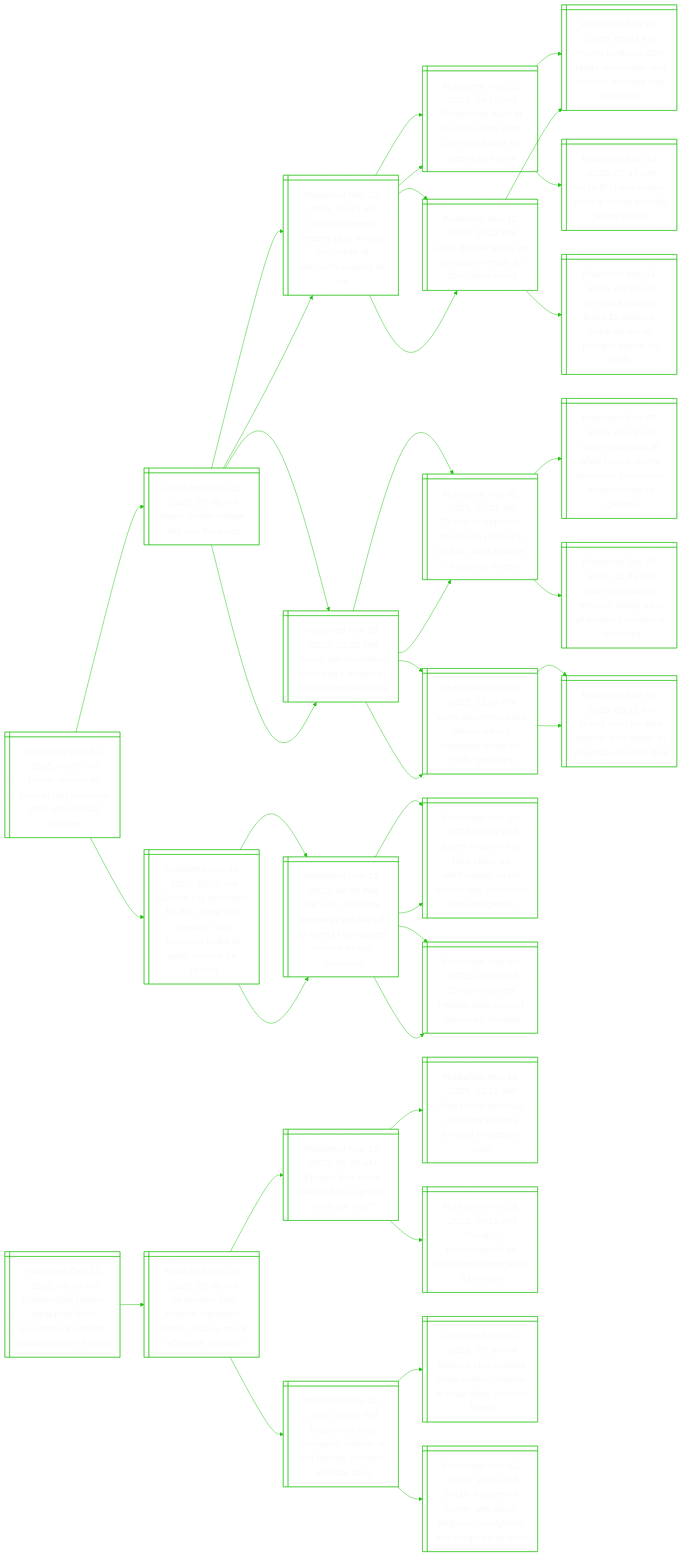
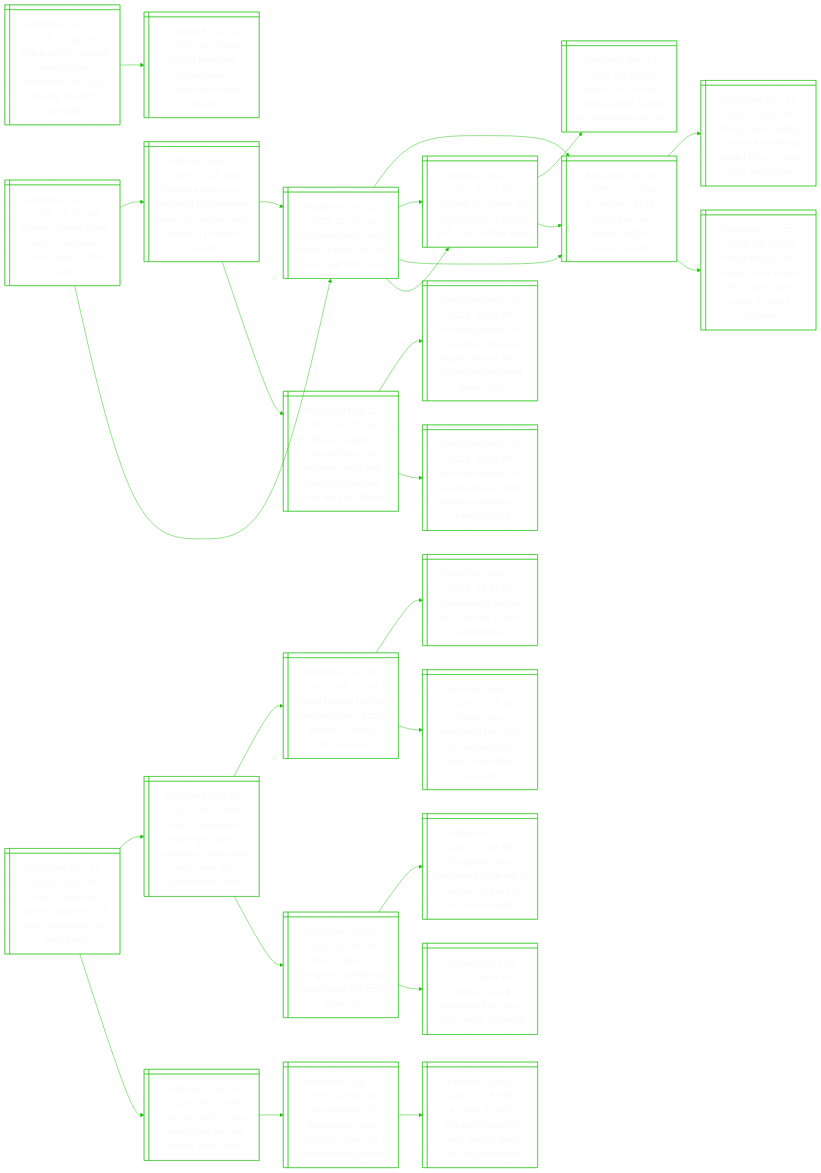
One commit to notJmes/notJmes changed the diagram in README.md. Above: the diagram before and after it, drawn with Mermaid. The commit also changed other lines of this file, not shown here.

````diff
--- a/README.md
+++ b/README.md
@@ -16,121 +16,91 @@
 flowchart LR
 classDef txtsize font-size:20px;
 
-PrnoSaceeaa@{ shape: win-pane, label: "_Published Dec 21, 2025, 03:37 PM_
-Power returns to most of san francisco after widespread outage" }
-MpoeSac@{ shape: win-pane, label: "_Published Dec 21, 2025, 09:45 AM_
-Major power outage hits san francisco" }
-Oimrstphocipt@{ shape: win-pane, label: "_Published Mar 12, 2025, 05:15 AM_
-Ontario premier freezes plan to slap surcharge of electricity exports to us" }
-Oisamrwureryr@{ shape: win-pane, label: "_Published Mar 11, 2025, 04:10 AM_
-Ontario hits back at trump’s tariffs with 25% surcharge on electricity export" }
-Uotfaaasr@{ shape: win-pane, label: "_Published Mar 11, 2025, 10:22 PM_
-Us to double tariffs on canadian metals to 50%, says trump" }
-Taitnaiorntt@{ shape: win-pane, label: "_Published Mar 09, 2025, 01:20 PM_
-Trump administration ends iraq’s waiver to buy iranian electricity" }
-Troamsnaoexsr@{ shape: win-pane, label: "_Published Feb 05, 2025, 05:11 AM_
-Trump re-imposes ‘maximum pressure’ on iran, aims to drive oil exports to zero" }
-IKnyrlninSys@{ shape: win-pane, label: "_Published Mar 08, 2025, 11:36 PM_
-Iran’s khamenei says tehran will not negotiate under us ‘bully’ pressure" }
-GntsycaeSackpmoi@{ shape: win-pane, label: "_Published Nov 14, 2023, 05:00 AM_
-Golden city tarnished by dirt, crime and needles: san francisco looks to apec summit for revival" }
-WpemteonhemSac@{ shape: win-pane, label: "_Published Nov 13, 2023, 06:00 PM_
-Will apec meet the moment? pm lee off to attend high-stakes summit in san francisco" }
-BXmtlneIlscise@{ shape: win-pane, label: "_Published Nov 10, 2023, 09:04 PM_
-Biden-xi summit to take place on wednesday; israel-hamas war, economic ties on agenda" }
-Ccnirloaod@{ shape: win-pane, label: "_Published Aug 08, 2022, 12:30 PM_
-China continues military drills around taiwan on monday" }
-WpemteonhemSac@{ shape: win-pane, label: "_Published Nov 13, 2023, 06:00 PM_
-Will apec meet the moment? pm lee off to attend high-stakes summit in san francisco" }
-BXmtlneIlscise@{ shape: win-pane, label: "_Published Nov 10, 2023, 09:04 PM_
-Biden-xi summit to take place on wednesday; israel-hamas war, economic ties on agenda" }
-Ccnirloaod@{ shape: win-pane, label: "_Published Aug 08, 2022, 12:30 PM_
-China continues military drills around taiwan on monday" }
+Tsedgocnsbnk@{ shape: win-pane, label: "_Published Dec 21, 2025, 07:31 PM_
+Trump set to expand immigration crackdown in 2026 despite brewing backlash" }
+TlhmtroNl@{ shape: win-pane, label: "_Published Dec 04, 2025, 03:20 AM_
+Trump launches immigration crackdown in new orleans" }
 
-PrnoSaceeaa:::txtsize --> MpoeSac:::txtsize
-MpoeSac:::txtsize --> Oimrstphocipt:::txtsize
-Oimrstphocipt:::txtsize --> Oisamrwureryr:::txtsize
-Oimrstphocipt:::txtsize --> Uotfaaasr:::txtsize
-MpoeSac:::txtsize --> Taitnaiorntt:::txtsize
-Taitnaiorntt:::txtsize --> Troamsnaoexsr:::txtsize
-Taitnaiorntt:::txtsize --> IKnyrlninSys:::txtsize
-PrnoSaceeaa:::txtsize --> GntsycaeSackpmoi:::txtsize
-GntsycaeSackpmoi:::txtsize --> WpemteonhemSac:::txtsize
-WpemteonhemSac:::txtsize --> BXmtlneIlscise:::txtsize
-WpemteonhemSac:::txtsize --> Ccnirloaod:::txtsize
-GntsycaeSackpmoi:::txtsize --> WpemteonhemSac:::txtsize
-WpemteonhemSac:::txtsize --> BXmtlneIlscise:::txtsize
-WpemteonhemSac:::txtsize --> Ccnirloaod:::txtsize
+Tsedgocnsbnk:::txtsize --> TlhmtroNl:::txtsize
 
-Eietsamrticnom@{ shape: win-pane, label: "_Published Dec 21, 2025, 09:49 AM_
-Epstein files photos disappear from government website, including one of trump" }
-Utieelstkafcr@{ shape: win-pane, label: "_Published Dec 20, 2025, 05:46 AM_
-Us epstein files release highlights clinton, makes scant reference to trump" }
-Eieeaobhe@{ shape: win-pane, label: "_Published Nov 19, 2025, 08:35 AM_
-Epstein files to be released to us public: what are they?" }
-ATrsHpsaEie@{ shape: win-pane, label: "_Published Nov 18, 2025, 11:15 AM_
-After trump reversal, us house pushes forward on epstein vote" }
-TskeMewtco@{ shape: win-pane, label: "_Published Nov 18, 2025, 09:15 AM_
-Trump’s frankenstein? us maga meltdown tests its creator" }
-BilprAwsipinr@{ shape: win-pane, label: "_Published Nov 02, 2025, 08:16 PM_
-Britain will strip disgraced andrew of last military position, minister says" }
-Binrtberrtssm@{ shape: win-pane, label: "_Published Oct 31, 2025, 03:36 AM_
-Britain’s king charles strips brother andrew of royal titles, windsor home" }
-BidfrSFsurcsyi@{ shape: win-pane, label: "_Published Nov 02, 2025, 10:59 AM_
-Britain’s andrew’s former wife sarah ferguson, daughters and corgis hit by crisis" }
+KiiryrRases@{ shape: win-pane, label: "_Published Dec 21, 2025, 06:56 PM_
+Kremlin denies three-way us-ukraine-russia talks on the cards" }
+ZsvUpoetwkeuireu@{ shape: win-pane, label: "_Published Dec 20, 2025, 10:16 PM_
+Zelensky favours us proposal of three-way talks with ukraine and russia if it produces results" }
+Unrwdltygty@{ shape: win-pane, label: "_Published Dec 20, 2025, 12:36 AM_
+Ukraine starts new round of talks with us,  kyiv negotiator says" }
+Eelloaitis@{ shape: win-pane, label: "_Published Dec 19, 2025, 12:23 PM_
+Eu agrees $136 billion loan for ukraine, without russian assets" }
+NplyosUiiTis@{ shape: win-pane, label: "_Published Dec 19, 2025, 10:11 PM_
+No drop in military aid to kyiv since us policy shift, nato official says" }
+Raefrrketonnoiia@{ shape: win-pane, label: "_Published Feb 20, 2025, 05:37 PM_
+Russia targets infrastructure in ukraine’s east and south in extensive overnight air attack" }
+RaaUneeiereeaes@{ shape: win-pane, label: "_Published Feb 19, 2025, 03:06 PM_
+Russian attack on ukraine’s odessa region injures four, causes widespread power cuts" }
+Raiiaolegdiec@{ shape: win-pane, label: "_Published Feb 16, 2025, 09:50 PM_
+Russian strikes hit ukraine power plant, leaving residents in freezing cold" }
+Unrwdltygty@{ shape: win-pane, label: "_Published Dec 20, 2025, 12:36 AM_
+Ukraine starts new round of talks with us,  kyiv negotiator says" }
+Eelloaitis@{ shape: win-pane, label: "_Published Dec 19, 2025, 12:23 PM_
+Eu agrees $136 billion loan for ukraine, without russian assets" }
+TsegemnaSikke@{ shape: win-pane, label: "_Published Dec 19, 2025, 04:20 AM_
+Trump says ‘getting close to something’ ahead of us, russia talks on ukraine" }
+Busauasszsaske@{ shape: win-pane, label: "_Published Oct 02, 2025, 08:50 PM_
+Belgium says eu states must share risk to use frozen russian assets for ukraine" }
+NplyosUiiTis@{ shape: win-pane, label: "_Published Dec 19, 2025, 10:11 PM_
+No drop in military aid to kyiv since us policy shift, nato official says" }
+UnsialaiiaS@{ shape: win-pane, label: "_Published Dec 19, 2025, 09:31 PM_
+Ukraine hits russian ‘shadow fleet’ tanker in mediterranean sea" }
+Eelloaitis@{ shape: win-pane, label: "_Published Dec 19, 2025, 12:23 PM_
+Eu agrees $136 billion loan for ukraine, without russian assets" }
 
-Eietsamrticnom:::txtsize --> Utieelstkafcr:::txtsize
-Utieelstkafcr:::txtsize --> Eieeaobhe:::txtsize
-Eieeaobhe:::txtsize --> ATrsHpsaEie:::txtsize
-Eieeaobhe:::txtsize --> TskeMewtco:::txtsize
-Utieelstkafcr:::txtsize --> BilprAwsipinr:::txtsize
-BilprAwsipinr:::txtsize --> Binrtberrtssm:::txtsize
-BilprAwsipinr:::txtsize --> BidfrSFsurcsyi:::txtsize
+KiiryrRases:::txtsize --> ZsvUpoetwkeuireu:::txtsize
+ZsvUpoetwkeuireu:::txtsize --> Unrwdltygty:::txtsize
+Unrwdltygty:::txtsize --> Eelloaitis:::txtsize
+Unrwdltygty:::txtsize --> NplyosUiiTis:::txtsize
+ZsvUpoetwkeuireu:::txtsize --> Raefrrketonnoiia:::txtsize
+Raefrrketonnoiia:::txtsize --> RaaUneeiereeaes:::txtsize
+Raefrrketonnoiia:::txtsize --> Raiiaolegdiec:::txtsize
+KiiryrRases:::txtsize --> Unrwdltygty:::txtsize
+Unrwdltygty:::txtsize --> Eelloaitis:::txtsize
+Eelloaitis:::txtsize --> TsegemnaSikke:::txtsize
+Eelloaitis:::txtsize --> Busauasszsaske:::txtsize
+Unrwdltygty:::txtsize --> NplyosUiiTis:::txtsize
+NplyosUiiTis:::txtsize --> UnsialaiiaS:::txtsize
+NplyosUiiTis:::txtsize --> Eelloaitis:::txtsize
 
-MpoeSac@{ shape: win-pane, label: "_Published Dec 21, 2025, 09:45 AM_
-Major power outage hits san francisco" }
-Oimrstphocipt@{ shape: win-pane, label: "_Published Mar 12, 2025, 05:15 AM_
-Ontario premier freezes plan to slap surcharge of electricity exports to us" }
-Oisamrwureryr@{ shape: win-pane, label: "_Published Mar 11, 2025, 04:10 AM_
-Ontario hits back at trump’s tariffs with 25% surcharge on electricity export" }
-TcrroadcbeC@{ shape: win-pane, label: "_Published Mar 04, 2025, 05:03 AM_
-Trump confirms 25% tariffs on canada and mexico, doubles levy on china" }
-AiaihTalyo@{ shape: win-pane, label: "_Published Mar 10, 2025, 07:45 AM_
-As tariff chaos reigns, what is trump actually trying to do?" }
-Uotfaaasr@{ shape: win-pane, label: "_Published Mar 11, 2025, 10:22 PM_
-Us to double tariffs on canadian metals to 50%, says trump" }
-UcksinlTphaas@{ shape: win-pane, label: "_Published Mar 11, 2025, 05:49 AM_
-Us stock market loses $5 trillion in value as trump ploughs ahead on tariffs" }
-TcrroadcbeC@{ shape: win-pane, label: "_Published Mar 04, 2025, 05:03 AM_
-Trump confirms 25% tariffs on canada and mexico, doubles levy on china" }
-Taitnaiorntt@{ shape: win-pane, label: "_Published Mar 09, 2025, 01:20 PM_
-Trump administration ends iraq’s waiver to buy iranian electricity" }
-Troamsnaoexsr@{ shape: win-pane, label: "_Published Feb 05, 2025, 05:11 AM_
-Trump re-imposes ‘maximum pressure’ on iran, aims to drive oil exports to zero" }
-WeaWHTpsrnpmfn@{ shape: win-pane, label: "_Published Feb 05, 2025, 06:21 AM_
-With netanyahu at white house, trump proposes permanent displacement of gazans" }
-Iaueistfntsl@{ shape: win-pane, label: "_Published Jan 23, 2025, 11:41 PM_
-Iran says trump’s ‘terrorist’ designation of yemen’s houthis is ‘baseless’" }
-IKnyrlninSys@{ shape: win-pane, label: "_Published Mar 08, 2025, 11:36 PM_
-Iran’s khamenei says tehran will not negotiate under us ‘bully’ pressure" }
-Tselradniur@{ shape: win-pane, label: "_Published Mar 07, 2025, 09:11 PM_
-Trump says he sent letter to iran leader to negotiate nuclear deal" }
-Tselradniur@{ shape: win-pane, label: "_Published Mar 07, 2025, 09:11 PM_
-Trump says he sent letter to iran leader to negotiate nuclear deal" }
+IluCerntenB@{ shape: win-pane, label: "_Published Dec 21, 2025, 06:29 PM_
+Israel’s security cabinet approves 19 new settlements in west bank" }
+IlausBemxiaePtne@{ shape: win-pane, label: "_Published Sep 12, 2025, 06:16 AM_
+Israel’s netanyahu signs west bank settlement expansion plan, rules out palestinian state" }
+Ilemahmaroais@{ shape: win-pane, label: "_Published Sep 09, 2025, 09:27 PM_
+Israel targets hamas leadership in military strikes on qatar, officials say" }
+Ilssreana@{ shape: win-pane, label: "_Published Sep 08, 2025, 04:31 PM_
+Israel warns hamas to surrender or face ‘annihilation’" }
+Lnthlareseeis@{ shape: win-pane, label: "_Published Sep 09, 2025, 02:18 AM_
+‘leave now’, netanyahu tells gaza city residents as israel intensifies assault" }
+FhtoesatweIl@{ shape: win-pane, label: "_Published Jul 25, 2025, 05:49 AM_
+French plan to recognise palestinian state draws fire from israel, us" }
+Spaoefgvnausa@{ shape: win-pane, label: "_Published Jul 24, 2025, 07:45 PM_
+Singapore says prolonged suffering of civilians in gaza is ‘unconscionable’" }
+Hstotezcp@{ shape: win-pane, label: "_Published Jul 24, 2025, 08:45 AM_
+Hamas says it responded to latest gaza truce proposal" }
+ToTvswoet@{ shape: win-pane, label: "_Published Sep 26, 2025, 06:02 AM_
+‘time to stop’: trump vows israel will not annex west bank" }
+Rnnlntfnirmea@{ shape: win-pane, label: "_Published Sep 23, 2025, 04:52 PM_
+Recognition of palestinian state offers no relief for traumatised gazans" }
+AsldlnaGaot@{ shape: win-pane, label: "_Published Sep 03, 2025, 07:33 PM_
+At least 21,000 children disabled since start of gaza war: un committee" }
 
-MpoeSac:::txtsize --> Oimrstphocipt:::txtsize
-Oimrstphocipt:::txtsize --> Oisamrwureryr:::txtsize
-Oisamrwureryr:::txtsize --> TcrroadcbeC:::txtsize
-Oisamrwureryr:::txtsize --> AiaihTalyo:::txtsize
-Oimrstphocipt:::txtsize --> Uotfaaasr:::txtsize
-Uotfaaasr:::txtsize --> UcksinlTphaas:::txtsize
-Uotfaaasr:::txtsize --> TcrroadcbeC:::txtsize
-MpoeSac:::txtsize --> Taitnaiorntt:::txtsize
-Taitnaiorntt:::txtsize --> Troamsnaoexsr:::txtsize
-Troamsnaoexsr:::txtsize --> WeaWHTpsrnpmfn:::txtsize
-Troamsnaoexsr:::txtsize --> Iaueistfntsl:::txtsize
-Taitnaiorntt:::txtsize --> IKnyrlninSys:::txtsize
-IKnyrlninSys:::txtsize --> Tselradniur:::txtsize
-IKnyrlninSys:::txtsize --> Tselradniur:::txtsize
+IluCerntenB:::txtsize --> IlausBemxiaePtne:::txtsize
+IlausBemxiaePtne:::txtsize --> Ilemahmaroais:::txtsize
+Ilemahmaroais:::txtsize --> Ilssreana:::txtsize
+Ilemahmaroais:::txtsize --> Lnthlareseeis:::txtsize
+IlausBemxiaePtne:::txtsize --> FhtoesatweIl:::txtsize
+FhtoesatweIl:::txtsize --> Spaoefgvnausa:::txtsize
+FhtoesatweIl:::txtsize --> Hstotezcp:::txtsize
+IluCerntenB:::txtsize --> ToTvswoet:::txtsize
+ToTvswoet:::txtsize --> Rnnlntfnirmea:::txtsize
+Rnnlntfnirmea:::txtsize --> AsldlnaGaot:::txtsize
 
 ```
````
